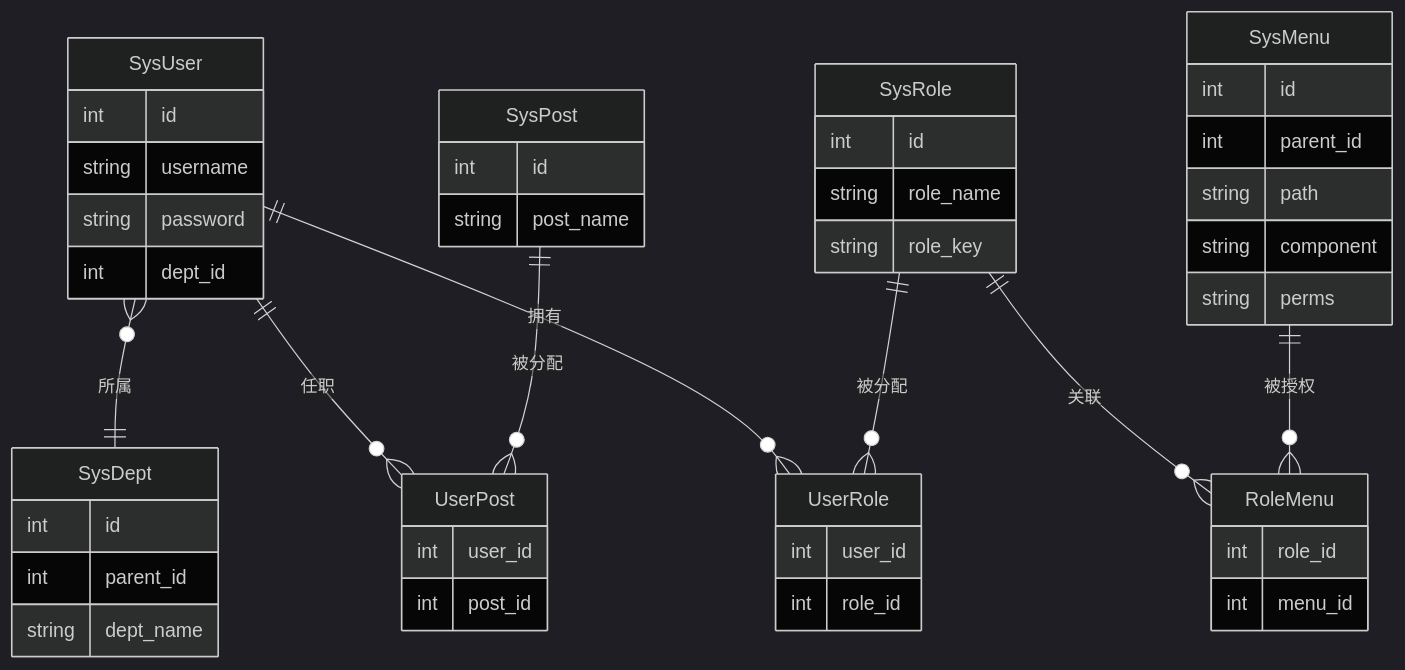
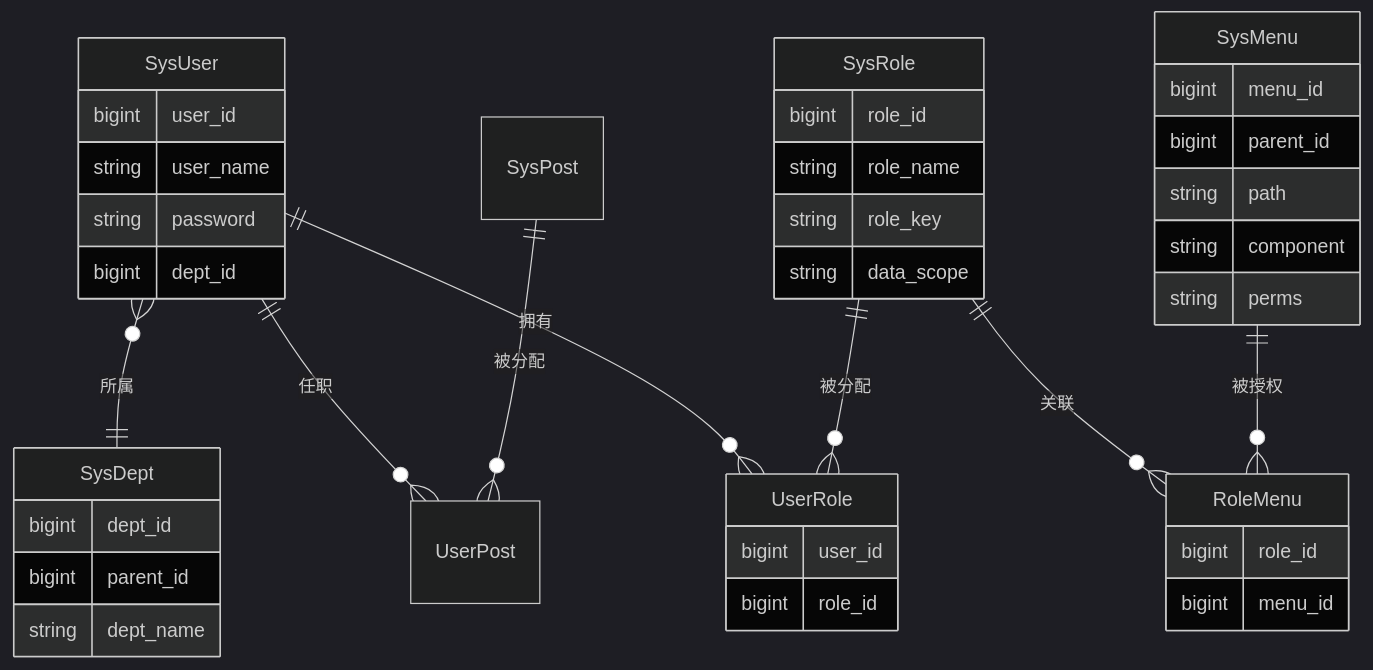
One commit to xinxin-star1998/star-pivot changed the fifth of 8 diagrams in doc/架构图与流程图.md. Above: the diagram before and after it, drawn with Mermaid (dark theme). The commit also changed other lines of this file and 150 other files, not shown here.

````diff
--- a/doc/架构图与流程图.md
+++ b/doc/架构图与流程图.md
@@ -111,57 +249,48 @@
 ```mermaid
 erDiagram
     SysUser ||--o{ UserRole : 拥有
     SysRole ||--o{ UserRole : 被分配
     SysRole ||--o{ RoleMenu : 关联
     SysMenu ||--o{ RoleMenu : 被授权
     SysUser ||--o{ UserPost : 任职
     SysPost ||--o{ UserPost : 被分配
     SysUser }o--|| SysDept : 所属
 
     SysUser {
-        int id
-        string username
+        bigint user_id
+        string user_name
         string password
-        int dept_id
+        bigint dept_id
     }
 
     SysRole {
-        int id
+        bigint role_id
         string role_name
         string role_key
+        string data_scope
     }
 
     SysMenu {
-        int id
-        int parent_id
+        bigint menu_id
+        bigint parent_id
         string path
         string component
         string perms
     }
 
     UserRole {
-        int user_id
-        int role_id
+        bigint user_id
+        bigint role_id
     }
 
     RoleMenu {
-        int role_id
-        int menu_id
+        bigint role_id
+        bigint menu_id
     }
 
     SysDept {
-        int id
-        int parent_id
+        bigint dept_id
+        bigint parent_id
         string dept_name
     }
-
-    SysPost {
-        int id
-        string post_name
-    }
-
-    UserPost {
-        int user_id
-        int post_id
-    }
 ```
````
